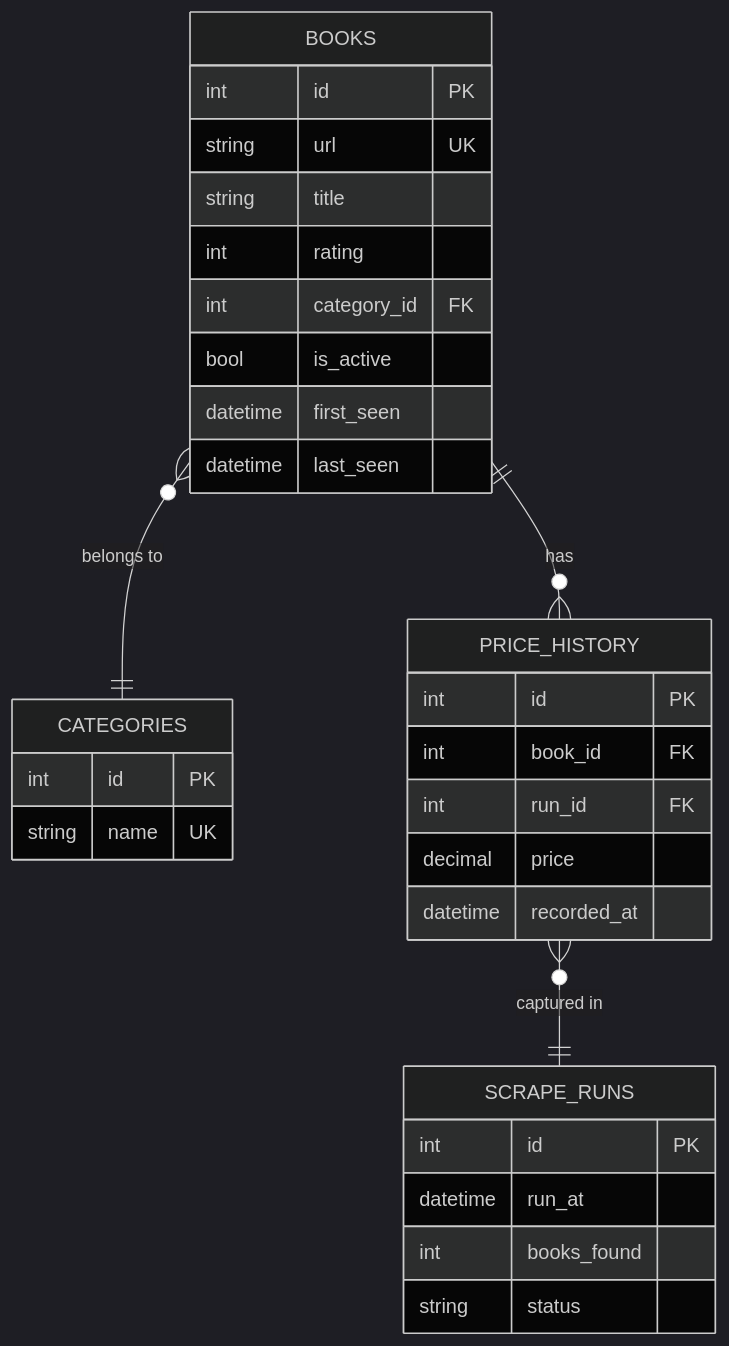
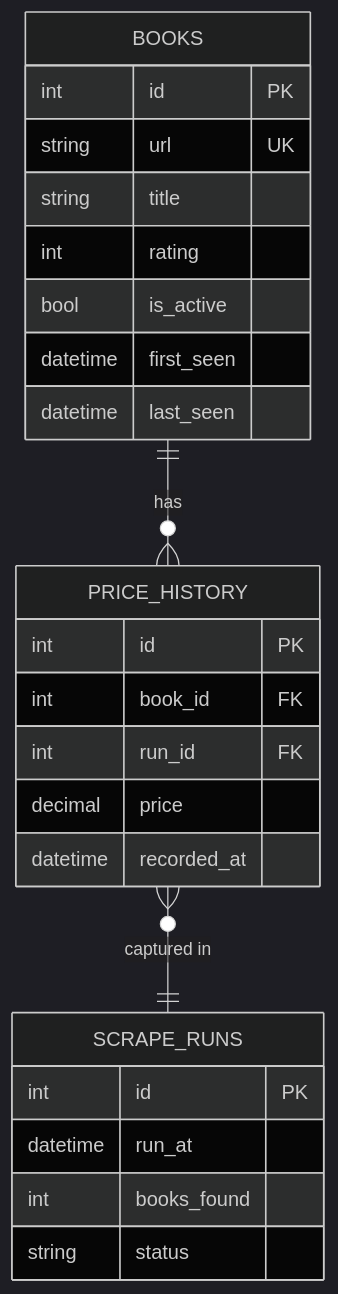
One commit to dhakalmahima188/Scrapping-Assignment changed the first of 2 diagrams in answers.md. Above: the diagram before and after it, drawn with Mermaid (dark theme). The commit also changed other lines of this file and 3 other files, not shown here.

````diff
--- a/answers.md
+++ b/answers.md
@@ -118,37 +77,34 @@
 ```mermaid
 erDiagram
     SCRAPE_RUNS {
         int     id          PK
         datetime run_at
         int     books_found
         string  status
     }
 
-    CATEGORIES {
-        int     id          PK
-        string  name        UK
-    }
+  
 
     BOOKS {
         int     id          PK
         string  url         UK
         string  title
         int     rating
-        int     category_id FK
+
         bool    is_active
         datetime first_seen
         datetime last_seen
     }
 
     PRICE_HISTORY {
         int     id          PK
         int     book_id     FK
         int     run_id      FK
         decimal price
         datetime recorded_at
     }
 
-    BOOKS }o--|| CATEGORIES : "belongs to"
+
     BOOKS ||--o{ PRICE_HISTORY : "has"
     PRICE_HISTORY }o--|| SCRAPE_RUNS : "captured in"
 ```
````
